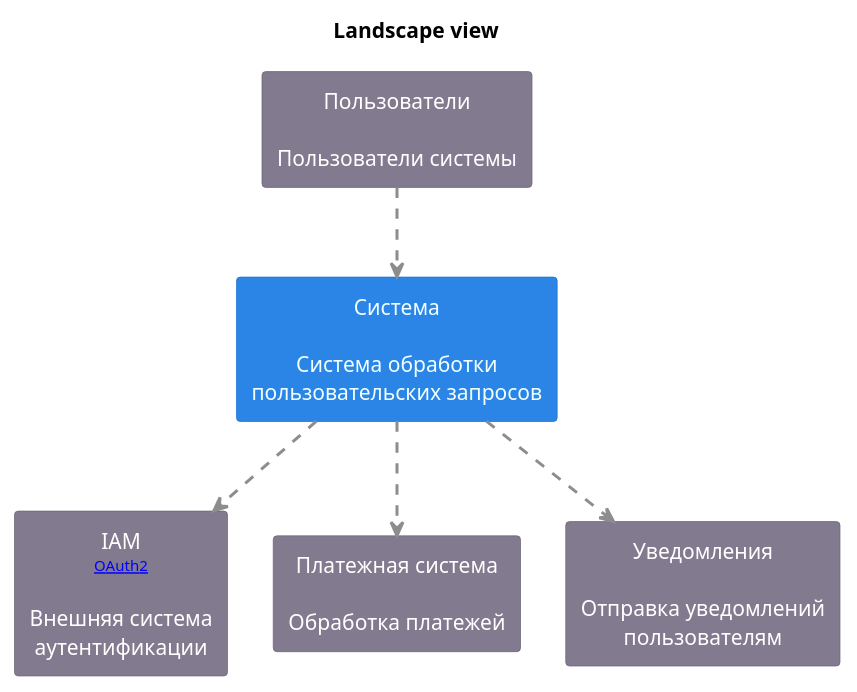
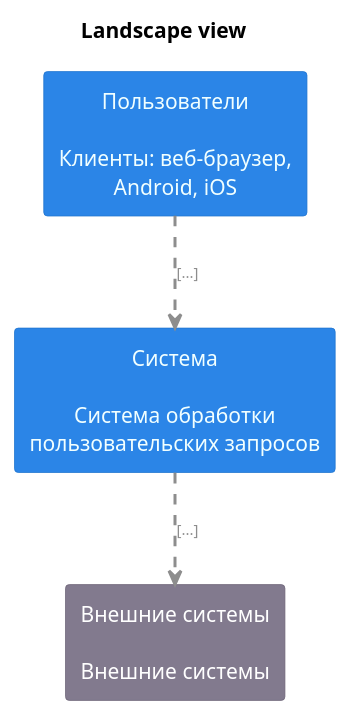
One commit to shelepovg/system-design-homework changed the diagram in doc/схемы/index.puml. Above: the diagram before and after it, drawn with PlantUML. The commit also changed 18 other files, not shown here.

```diff
--- a/doc/схемы/index.puml
+++ b/doc/схемы/index.puml
@@ -1,51 +1,37 @@
 @startuml
 title "Landscape view"
 top to bottom direction
 
 hide stereotype
 skinparam ranksep 60
 skinparam nodesep 30
 skinparam {
   arrowFontSize 10
   defaultTextAlignment center
   wrapWidth 200
   maxMessageSize 100
   shadowing false
 }
 
 skinparam rectangle<<Users>>{
-  BackgroundColor #827a8e
-  FontColor #ffffff
-  BorderColor #6c6477
+  BackgroundColor #2b85e7
+  FontColor #f1ffff
+  BorderColor #1e73ce
 }
 skinparam rectangle<<System>>{
   BackgroundColor #2b85e7
   FontColor #f1ffff
   BorderColor #1e73ce
 }
-skinparam rectangle<<Iam_ext>>{
+skinparam rectangle<<System_ext>>{
   BackgroundColor #827a8e
   FontColor #ffffff
   BorderColor #6c6477
 }
-skinparam rectangle<<Payment>>{
-  BackgroundColor #827a8e
-  FontColor #ffffff
-  BorderColor #6c6477
-}
-skinparam rectangle<<Notify>>{
-  BackgroundColor #827a8e
-  FontColor #ffffff
-  BorderColor #6c6477
-}
-rectangle "Пользователи\n\nПользователи системы" <<Users>> as Users
+rectangle "Пользователи\n\nКлиенты: веб-браузер, Android, iOS" <<Users>> as Users
 rectangle "Система\n\nСистема обработки пользовательских запросов" <<System>> as System
-rectangle "IAM\n<size:10>[[OAuth2]]</size>\n\nВнешняя система аутентификации" <<Iam_ext>> as Iam_ext
-rectangle "Платежная система\n\nОбработка платежей" <<Payment>> as Payment
-rectangle "Уведомления\n\nОтправка уведомлений пользователям" <<Notify>> as Notification
+rectangle "Внешние системы\n\nВнешние системы" <<System_ext>> as System_ext
 
-Users .[#8D8D8D,thickness=2].> System
-System .[#8D8D8D,thickness=2].> Iam_ext
-System .[#8D8D8D,thickness=2].> Payment
-System .[#8D8D8D,thickness=2].> Notification
+Users .[#8D8D8D,thickness=2].> System : <color:#8D8D8D>[...]
+System .[#8D8D8D,thickness=2].> System_ext : <color:#8D8D8D>[...]
 @enduml
```
